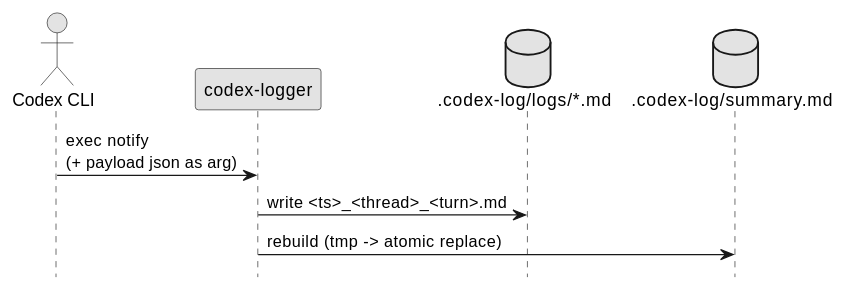
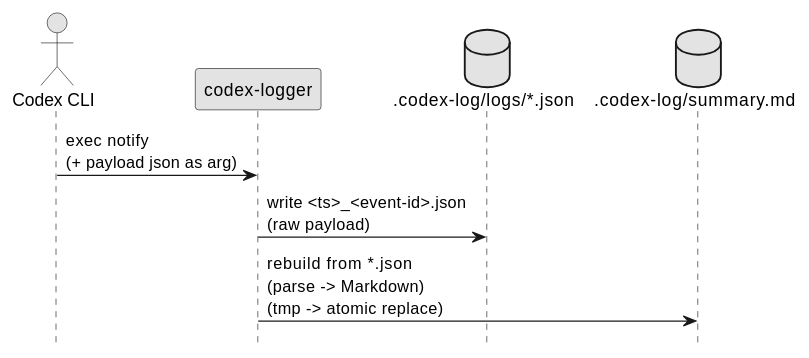
One commit to chemitaro/codex-agent-logger changed the diagram in spec-dock/initiatives/init-local-00001-codex-notify-json-logger/epics/epic-local-00001-local-logging-and-summary/requirement.md. Above: the diagram before and after it, drawn with PlantUML. The commit also changed other lines of this file and 23 other files, not shown here.

Commit message:
docs(init-local-00001): ログ保存仕様をJSON化し設計文書を更新 - `logs/*.md`を`logs/*.json`へ変更し、`summary.md`再生成をJSONパース方式に統一 - ADR `00001`〜`00010`の最終判断と関連仕様（命名・安全ID・`.env`・topic名等）を受け入れ内容で反映 - Telegram送信・CLI配布・要件計画側のQ項目を意思決定済みに更新

````diff
--- a/spec-dock/initiatives/init-local-00001-codex-notify-json-logger/epics/epic-local-00001-local-logging-and-summary/requirement.md
+++ b/spec-dock/initiatives/init-local-00001-codex-notify-json-logger/epics/epic-local-00001-local-logging-and-summary/requirement.md
@@ -30,15 +30,15 @@
 ```plantuml
 @startuml
 skinparam monochrome true
 hide footbox
 
 actor "Codex CLI" as Codex
 participant "codex-logger" as Handler
-database ".codex-log/logs/*.md" as Logs
+database ".codex-log/logs/*.json" as Logs
 database ".codex-log/summary.md" as Summary
 
 Codex -> Handler: exec notify\n(+ payload json as arg)
-Handler -> Logs: write <ts>_<thread>_<turn>.md
-Handler -> Summary: rebuild (tmp -> atomic replace)
+Handler -> Logs: write <ts>_<event-id>.json\n(raw payload)
+Handler -> Summary: rebuild from *.json\n(parse -> Markdown)\n(tmp -> atomic replace)
 @enduml
 ```
````
